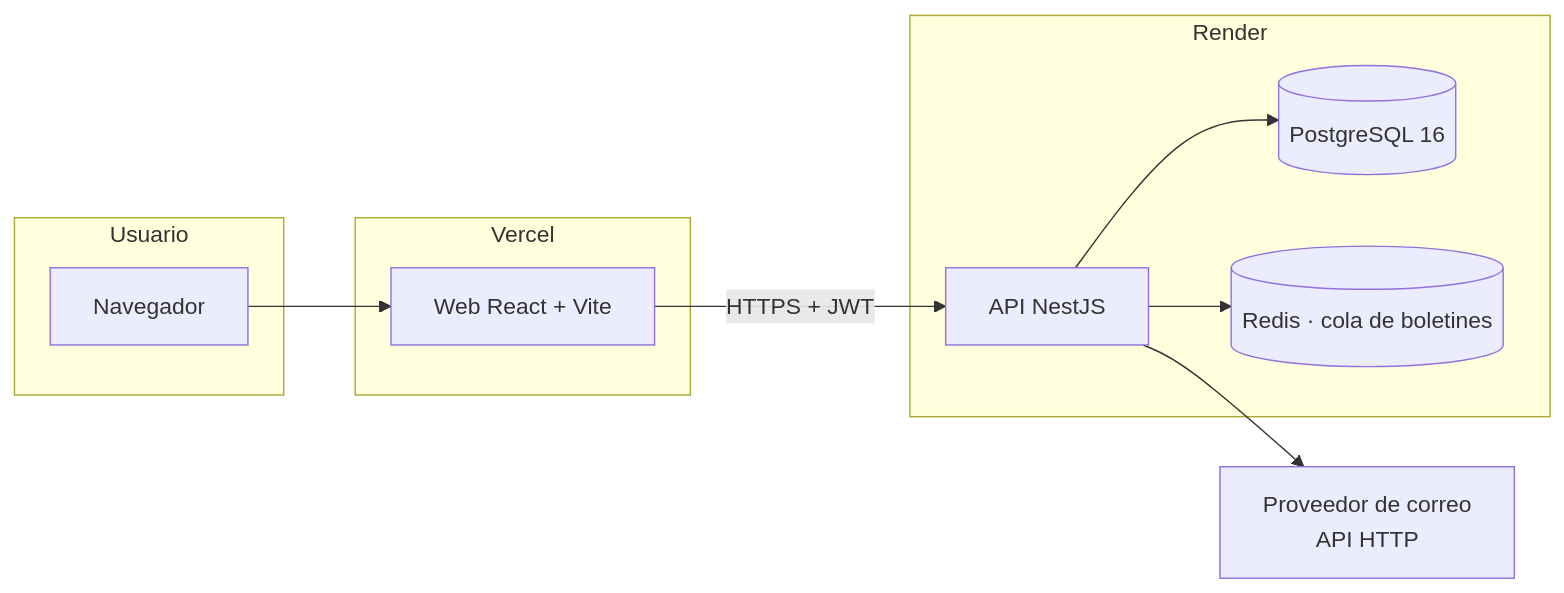
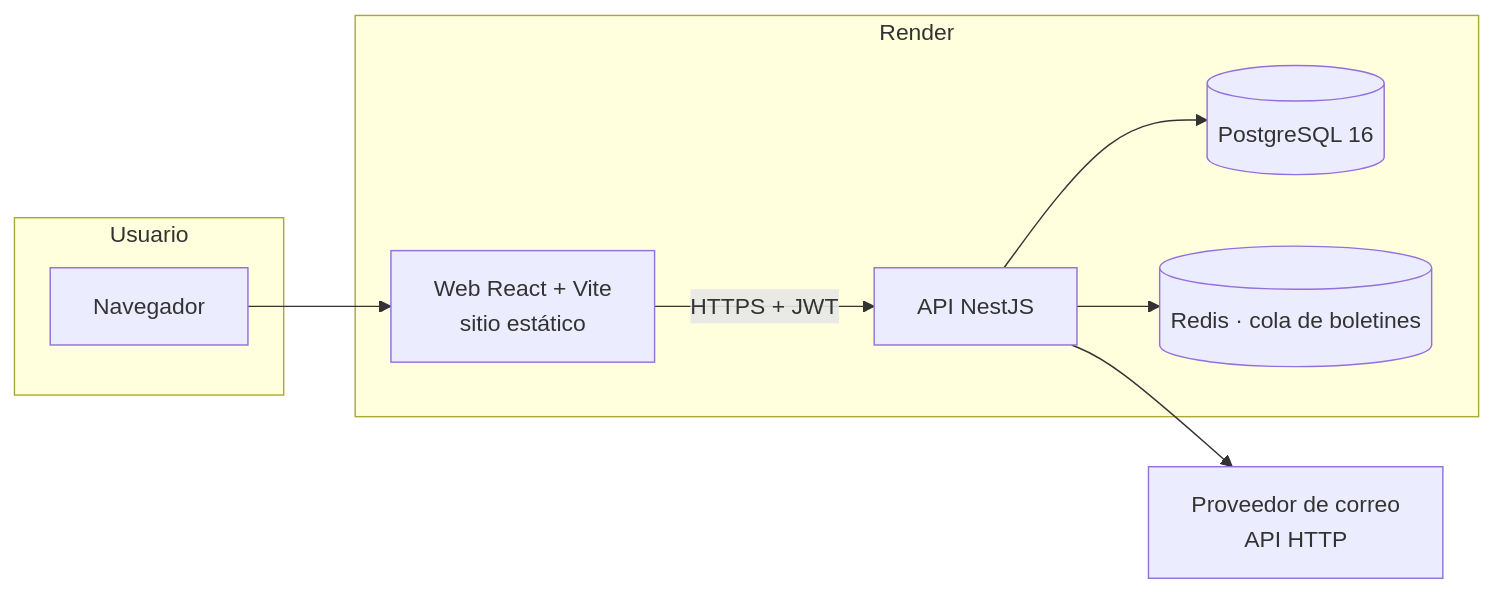
Before and after one commit to lujan-99/calisfacu: the first of 3 diagrams in docs/sad/SAD-CalisFacu.md, drawn with Mermaid. The commit also changed other lines of this file and 9 other files, not shown here.

````diff
--- a/docs/sad/SAD-CalisFacu.md
+++ b/docs/sad/SAD-CalisFacu.md
@@ -15,20 +15,18 @@
 ```mermaid
 flowchart LR
   subgraph Usuario
     N[Navegador]
   end
-  subgraph Vercel
-    W[Web React + Vite]
-  end
   subgraph Render
+    W[Web React + Vite<br/>sitio estático]
     A[API NestJS]
     P[(PostgreSQL 16)]
     R[(Redis · cola de boletines)]
   end
   M[Proveedor de correo<br/>API HTTP]
   N --> W
   W -- HTTPS + JWT --> A
   A --> P
   A --> R
   A --> M
 ```
````
